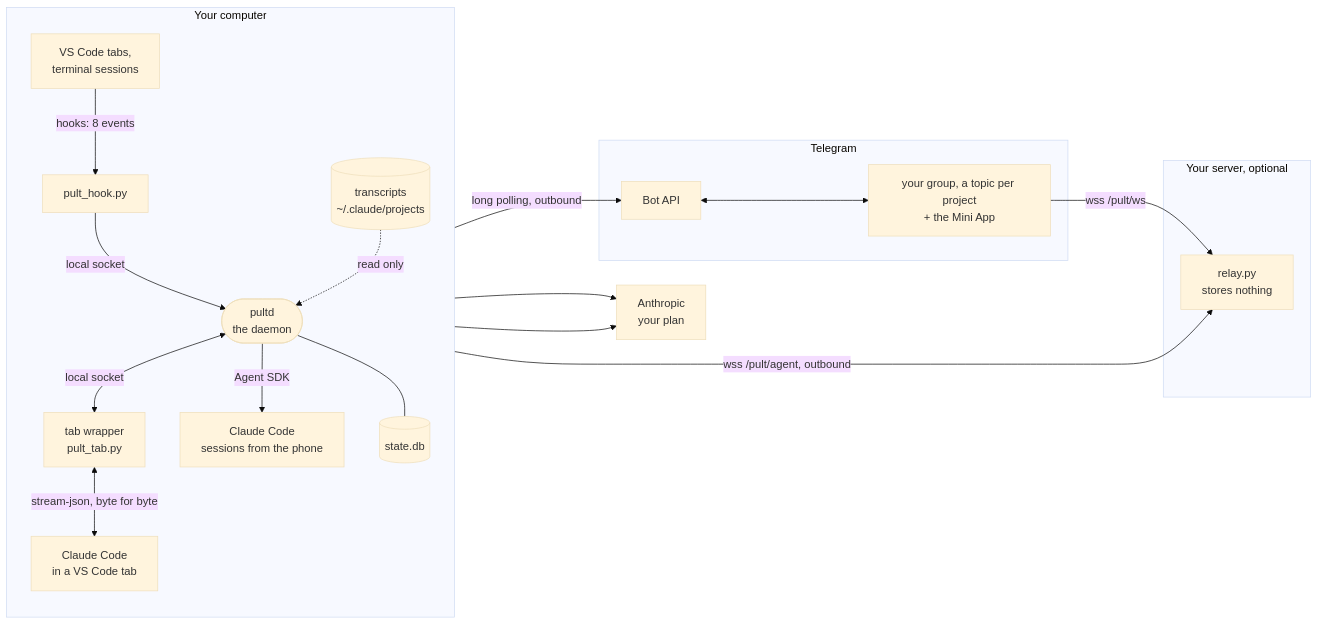
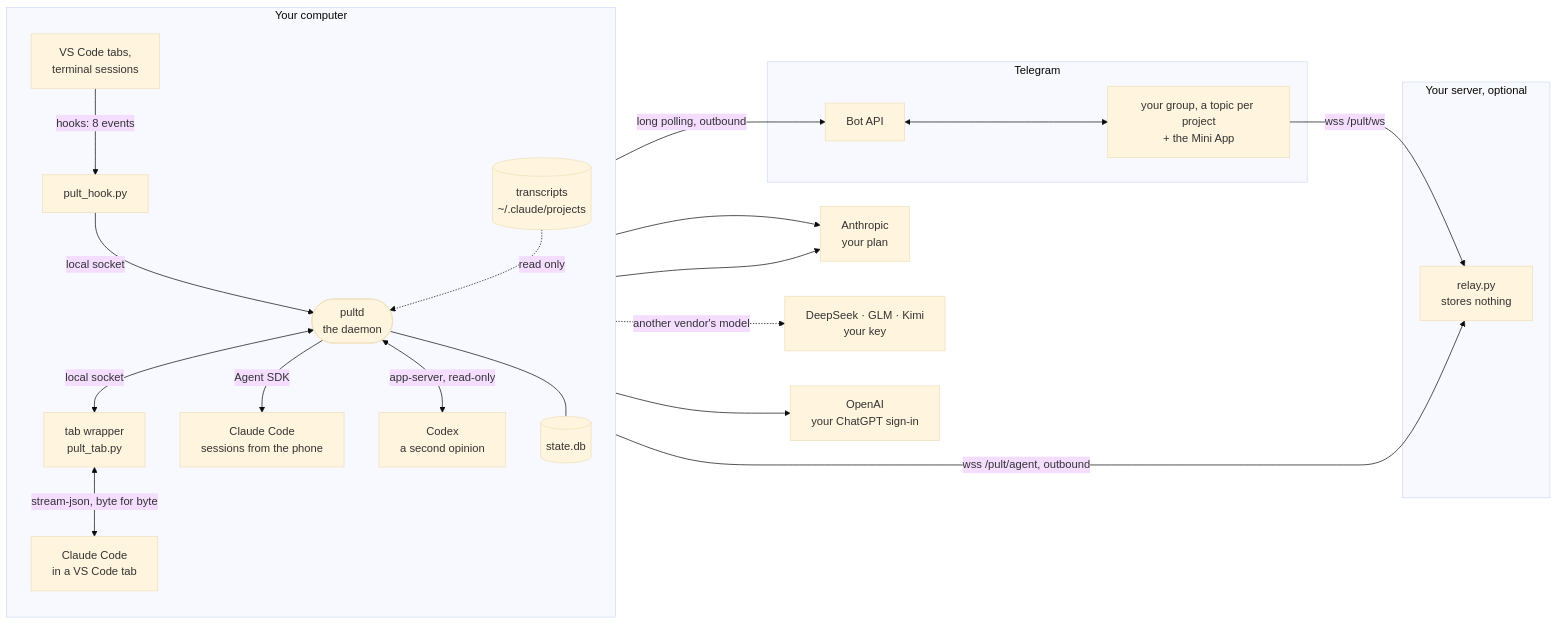
The first of 6 diagrams in ARCHITECTURE.md (pulthq/pult), drawn with Mermaid (base theme) before and after one commit. The commit also changed other lines of this file and 75 other files, not shown here.

````diff
--- a/ARCHITECTURE.md
+++ b/ARCHITECTURE.md
@@ -13,26 +15,29 @@
 ```mermaid
 flowchart LR
   subgraph PC["Your computer"]
     direction TB
     TAB["VS Code tabs,<br/>terminal sessions"] -->|"hooks: 8 events"| HOOK["pult_hook.py"]
     HOOK -->|"local socket"| D(["pultd<br/>the daemon"])
     D <-->|"local socket"| WRAP["tab wrapper<br/>pult_tab.py"]
     WRAP <-->|"stream-json, byte for byte"| CCT["Claude Code<br/>in a VS Code tab"]
     D -->|"Agent SDK"| CCS["Claude Code<br/>sessions from the phone"]
+    D <-->|"app-server, read-only"| CX["Codex<br/>a second opinion"]
     LOGS[("transcripts<br/>~/.claude/projects")] -.->|"read only"| D
     D --- DB[("state.db")]
   end
   subgraph SRV["Your server, optional"]
     R["relay.py<br/>stores nothing"]
   end
   subgraph TG["Telegram"]
     API["Bot API"]
     APP["your group, a topic per project<br/>+ the Mini App"]
   end
   D -->|"long polling, outbound"| API
   API <--> APP
   APP -->|"wss /pult/ws"| R
   D -->|"wss /pult/agent, outbound"| R
   CCT --> ANT["Anthropic<br/>your plan"]
   CCS --> ANT
+  CCS -.->|"another vendor's model"| VEN["DeepSeek · GLM · Kimi<br/>your key"]
+  CX --> OAI["OpenAI<br/>your ChatGPT sign-in"]
 ```
````
